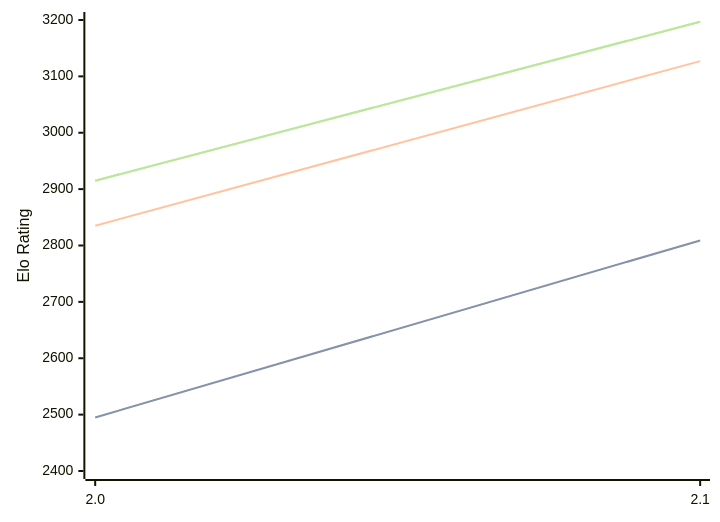
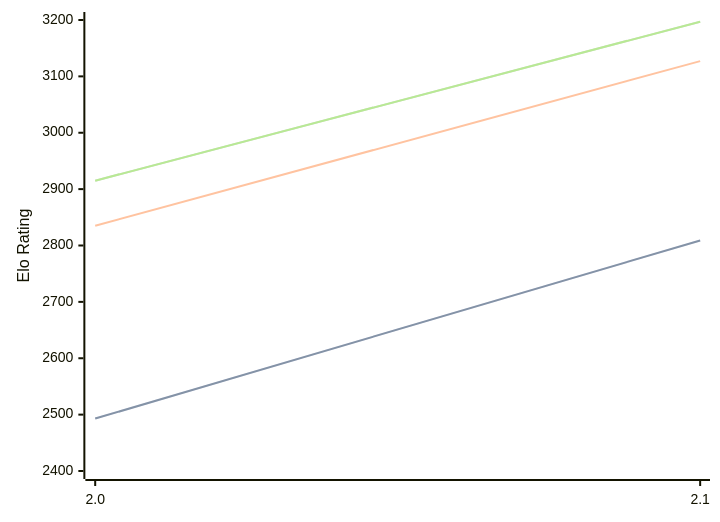
One commit to computer-chess-index/cci changed the third of 3 diagrams in engines/Tunguska.md. Above: the diagram before and after it, drawn with Mermaid. The commit also changed other lines of this file, not shown here.

````diff
--- a/engines/Tunguska.md
+++ b/engines/Tunguska.md
@@ -65,11 +65,11 @@
 ```mermaid
 %%{init: {"theme":"base","themeVariables":{"seriesColors:['#a3a3a3','#222221','#faa371']}}}%%
 xychart-beta
   x-axis ["2.0", "2.1"]
   y-axis "Elo Rating" 2400 --> 3200
-  line "STC (8.0+0.08s)" [2495, 2809]
-  line "STC (8.0+0.08s)" [2495, 2809]
+  line "STC (8.0+0.08s)" [2493, 2809]
+  line "STC (8.0+0.08s)" [2493, 2809]
   line "LTC (60.0+0.60s)" [2835, 3127]
   line "VLTC (2m24s+1.12s)" [2915, 3197]
   line "VLTC (2m24s+1.12s)" [2915, 3197]
 ```
````
